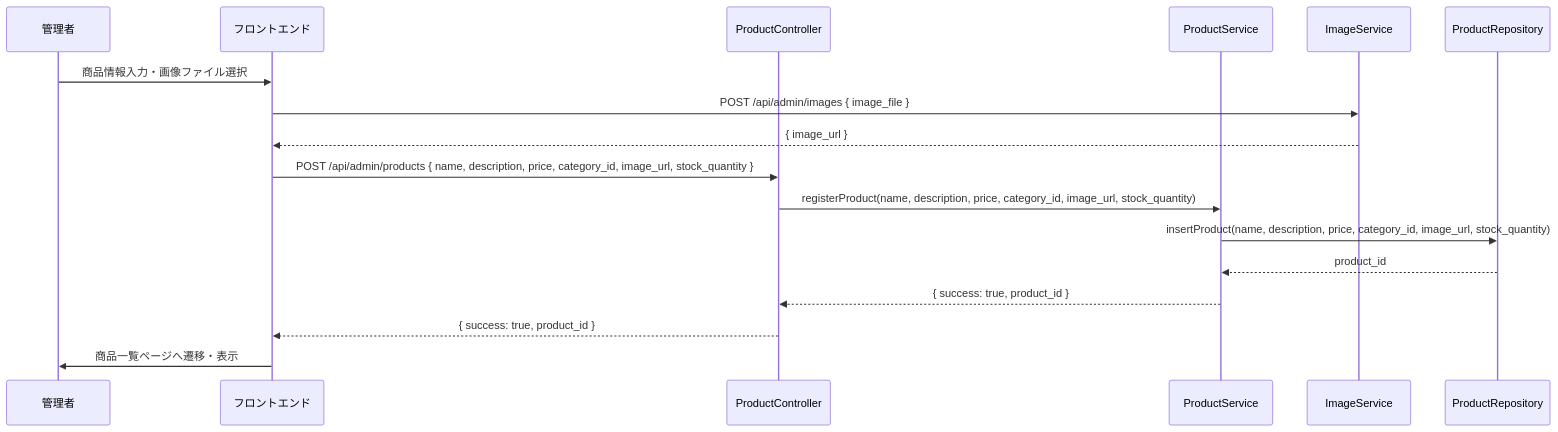
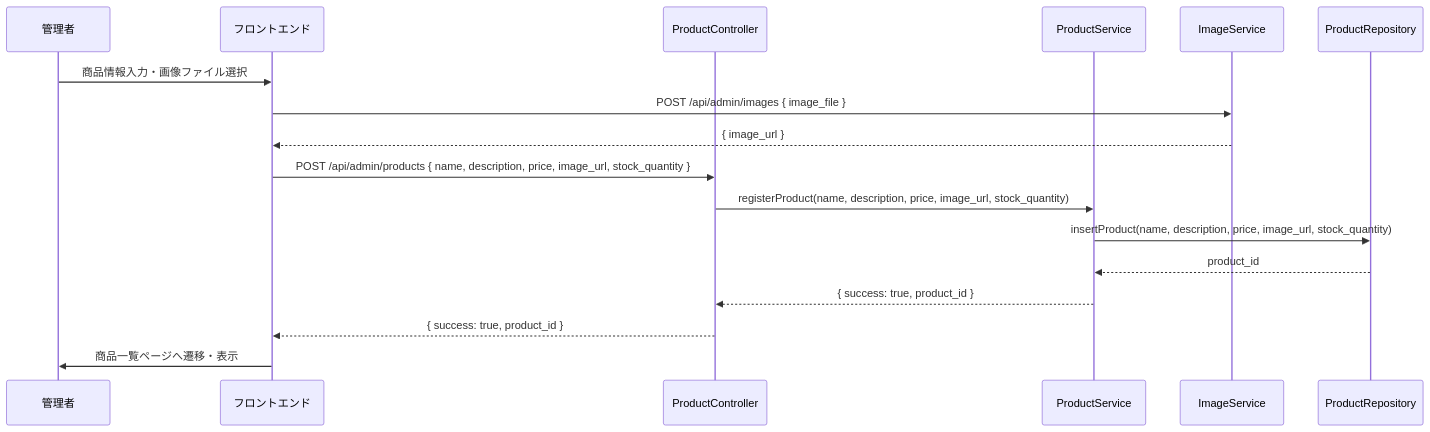
Diagram 24 of 37 in 詳細設計/担当B_村田/3.2 機能詳細.md (Aoi-Yaegashi/teamF), drawn with Mermaid before and after one commit. The commit also changed other lines of this file and 1 other file, not shown here.

```diff
--- a/詳細設計/担当B_村田/3.2 機能詳細.md
+++ b/詳細設計/担当B_村田/3.2 機能詳細.md
@@ -958,38 +944,38 @@
    <div class="mermaid">
    sequenceDiagram
     participant Admin as 管理者
     participant FE as フロントエンド
     participant ProdC as ProductController
     participant ProdS as ProductService
     participant ImgS as ImageService
     participant ProdRepo as ProductRepository
 
     %% 1. 管理者が商品登録画面で情報入力・画像選択
     Admin->>FE: 商品情報入力・画像ファイル選択
 
     %% 2. フロントエンドが画像ファイルをAPI経由でアップロード
     FE->>ImgS: POST /api/admin/images { image_file }
     ImgS-->>FE: { image_url }
 
     %% 3. フロントエンドが商品情報＋画像URLでAPI呼び出し
-    FE->>ProdC: POST /api/admin/products { name, description, price, category_id, image_url, stock_quantity }
+    FE->>ProdC: POST /api/admin/products { name, description, price, image_url, stock_quantity }
 
     %% 4. コントローラがサービスに処理を依頼
-    ProdC->>ProdS: registerProduct(name, description, price, category_id, image_url, stock_quantity)
+    ProdC->>ProdS: registerProduct(name, description, price, image_url, stock_quantity)
 
     %% 5. サービスがバリデーション実施（必須・形式・数値・画像URL等）
     %% （バリデーションエラー時は早期リターン）
 
     %% 6. サービスが商品データをリポジトリ経由でDB登録
-    ProdS->>ProdRepo: insertProduct(name, description, price, category_id, image_url, stock_quantity)
+    ProdS->>ProdRepo: insertProduct(name, description, price, image_url, stock_quantity)
     ProdRepo-->>ProdS: product_id
 
     %% 7. サービスがコントローラに返却
     ProdS-->>ProdC: { success: true, product_id }
 
     %% 8. コントローラがフロントエンドに返却
     ProdC-->>FE: { success: true, product_id }
 
     %% 9. フロントエンドが商品一覧ページへ遷移
     FE->>Admin: 商品一覧ページへ遷移・表示
 </div>
```
